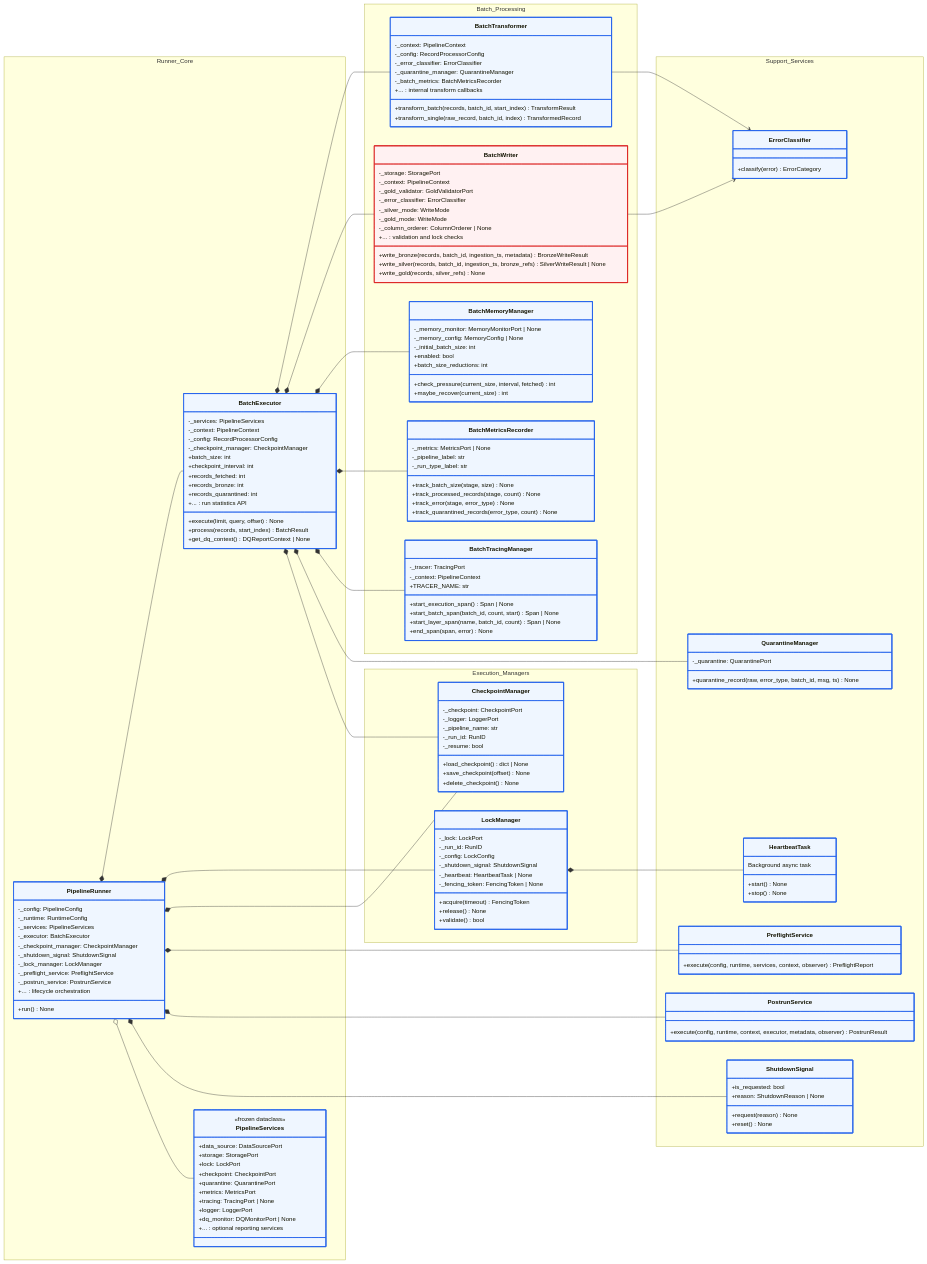
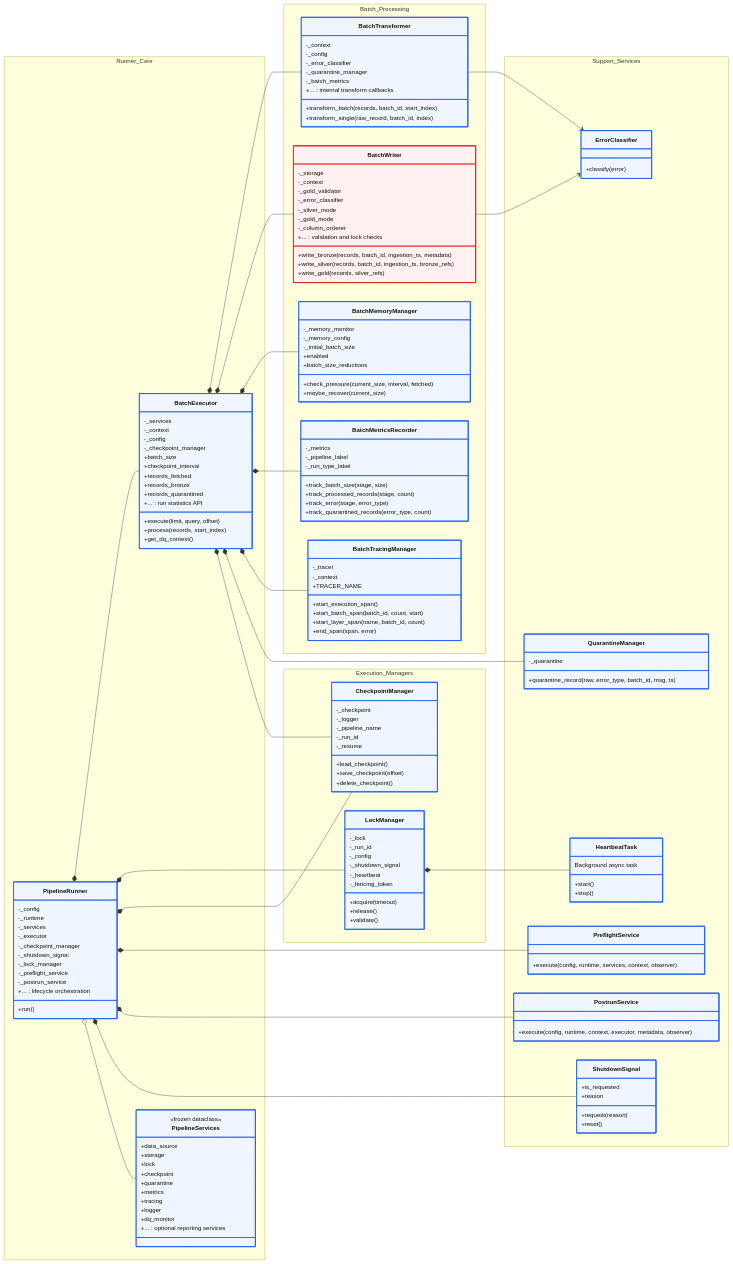
The diagram in docs/02-architecture/mmd-diagrams/class-diagrams/07-application-core-services.mmd (SatoryKono/BioactivityDataAcquisition), drawn with Mermaid before and after one commit. The commit also changed 33 other files, not shown here.

```diff
--- a/docs/02-architecture/mmd-diagrams/class-diagrams/07-application-core-services.mmd
+++ b/docs/02-architecture/mmd-diagrams/class-diagrams/07-application-core-services.mmd
@@ -22,161 +22,161 @@
     direction LR
     namespace Runner_Core {
         class PipelineRunner {
-            -_config: PipelineConfig
-            -_runtime: RuntimeConfig
-            -_services: PipelineServices
-            -_executor: BatchExecutor
-            -_checkpoint_manager: CheckpointManager
-            -_shutdown_signal: ShutdownSignal
-            -_lock_manager: LockManager
-            -_preflight_service: PreflightService
-            -_postrun_service: PostrunService
-            +run() None
+            -_config
+            -_runtime
+            -_services
+            -_executor
+            -_checkpoint_manager
+            -_shutdown_signal
+            -_lock_manager
+            -_preflight_service
+            -_postrun_service
+            +run()
             +... : lifecycle orchestration
         }
 
         class PipelineServices {
             <<frozen dataclass>>
-            +data_source: DataSourcePort
-            +storage: StoragePort
-            +lock: LockPort
-            +checkpoint: CheckpointPort
-            +quarantine: QuarantinePort
-            +metrics: MetricsPort
-            +tracing: TracingPort | None
-            +logger: LoggerPort
-            +dq_monitor: DQMonitorPort | None
+            +data_source
+            +storage
+            +lock
+            +checkpoint
+            +quarantine
+            +metrics
+            +tracing
+            +logger
+            +dq_monitor
             +... : optional reporting services
         }
 
         class BatchExecutor {
-            -_services: PipelineServices
-            -_context: PipelineContext
-            -_config: RecordProcessorConfig
-            -_checkpoint_manager: CheckpointManager
-            +batch_size: int
-            +checkpoint_interval: int
-            +records_fetched: int
-            +records_bronze: int
-            +records_quarantined: int
-            +execute(limit, query, offset) None
-            +process(records, start_index) BatchResult
-            +get_dq_context() DQReportContext | None
+            -_services
+            -_context
+            -_config
+            -_checkpoint_manager
+            +batch_size
+            +checkpoint_interval
+            +records_fetched
+            +records_bronze
+            +records_quarantined
+            +execute(limit, query, offset)
+            +process(records, start_index)
+            +get_dq_context()
             +... : run statistics API
         }
     }
 
     namespace Batch_Processing {
         class BatchTransformer {
-            -_context: PipelineContext
-            -_config: RecordProcessorConfig
-            -_error_classifier: ErrorClassifier
-            -_quarantine_manager: QuarantineManager
-            -_batch_metrics: BatchMetricsRecorder
-            +transform_batch(records, batch_id, start_index) TransformResult
-            +transform_single(raw_record, batch_id, index) TransformedRecord
+            -_context
+            -_config
+            -_error_classifier
+            -_quarantine_manager
+            -_batch_metrics
+            +transform_batch(records, batch_id, start_index)
+            +transform_single(raw_record, batch_id, index)
             +... : internal transform callbacks
         }
 
         class BatchWriter {
-            -_storage: StoragePort
-            -_context: PipelineContext
-            -_gold_validator: GoldValidatorPort
-            -_error_classifier: ErrorClassifier
-            -_silver_mode: WriteMode
-            -_gold_mode: WriteMode
-            -_column_orderer: ColumnOrderer | None
-            +write_bronze(records, batch_id, ingestion_ts, metadata) BronzeWriteResult
-            +write_silver(records, batch_id, ingestion_ts, bronze_refs) SilverWriteResult | None
-            +write_gold(records, silver_refs) None
+            -_storage
+            -_context
+            -_gold_validator
+            -_error_classifier
+            -_silver_mode
+            -_gold_mode
+            -_column_orderer
+            +write_bronze(records, batch_id, ingestion_ts, metadata)
+            +write_silver(records, batch_id, ingestion_ts, bronze_refs)
+            +write_gold(records, silver_refs)
             +... : validation and lock checks
         }
 
         class BatchMemoryManager {
-            -_memory_monitor: MemoryMonitorPort | None
-            -_memory_config: MemoryConfig | None
-            -_initial_batch_size: int
-            +enabled: bool
-            +batch_size_reductions: int
-            +check_pressure(current_size, interval, fetched) int
-            +maybe_recover(current_size) int
+            -_memory_monitor
+            -_memory_config
+            -_initial_batch_size
+            +enabled
+            +batch_size_reductions
+            +check_pressure(current_size, interval, fetched)
+            +maybe_recover(current_size)
         }
 
         class BatchMetricsRecorder {
-            -_metrics: MetricsPort | None
-            -_pipeline_label: str
-            -_run_type_label: str
-            +track_batch_size(stage, size) None
-            +track_processed_records(stage, count) None
-            +track_error(stage, error_type) None
-            +track_quarantined_records(error_type, count) None
+            -_metrics
+            -_pipeline_label
+            -_run_type_label
+            +track_batch_size(stage, size)
+            +track_processed_records(stage, count)
+            +track_error(stage, error_type)
+            +track_quarantined_records(error_type, count)
         }
 
         class BatchTracingManager {
-            -_tracer: TracingPort
-            -_context: PipelineContext
-            +TRACER_NAME: str
-            +start_execution_span() Span | None
-            +start_batch_span(batch_id, count, start) Span | None
-            +start_layer_span(name, batch_id, count) Span | None
-            +end_span(span, error) None
+            -_tracer
+            -_context
+            +TRACER_NAME
+            +start_execution_span()
+            +start_batch_span(batch_id, count, start)
+            +start_layer_span(name, batch_id, count)
+            +end_span(span, error)
         }
     }
 
     namespace Execution_Managers {
         class CheckpointManager {
-            -_checkpoint: CheckpointPort
-            -_logger: LoggerPort
-            -_pipeline_name: str
-            -_run_id: RunID
-            -_resume: bool
-            +load_checkpoint() dict | None
-            +save_checkpoint(offset) None
-            +delete_checkpoint() None
+            -_checkpoint
+            -_logger
+            -_pipeline_name
+            -_run_id
+            -_resume
+            +load_checkpoint()
+            +save_checkpoint(offset)
+            +delete_checkpoint()
         }
 
         class LockManager {
-            -_lock: LockPort
-            -_run_id: RunID
-            -_config: LockConfig
-            -_shutdown_signal: ShutdownSignal
-            -_heartbeat: HeartbeatTask | None
-            -_fencing_token: FencingToken | None
-            +acquire(timeout) FencingToken
-            +release() None
-            +validate() bool
+            -_lock
+            -_run_id
+            -_config
+            -_shutdown_signal
+            -_heartbeat
+            -_fencing_token
+            +acquire(timeout)
+            +release()
+            +validate()
         }
     }
 
     namespace Support_Services {
         class PreflightService {
-            +execute(config, runtime, services, context, observer) PreflightReport
+            +execute(config, runtime, services, context, observer)
         }
 
         class PostrunService {
-            +execute(config, runtime, context, executor, metadata, observer) PostrunResult
+            +execute(config, runtime, context, executor, metadata, observer)
         }
 
         class QuarantineManager {
-            -_quarantine: QuarantinePort
-            +quarantine_record(raw, error_type, batch_id, msg, ts) None
+            -_quarantine
+            +quarantine_record(raw, error_type, batch_id, msg, ts)
         }
 
         class ShutdownSignal {
-            +is_requested: bool
-            +reason: ShutdownReason | None
-            +request(reason) None
-            +reset() None
+            +is_requested
+            +reason
+            +request(reason)
+            +reset()
         }
 
         class HeartbeatTask {
             Background async task
-            +start() None
-            +stop() None
+            +start()
+            +stop()
         }
 
         class ErrorClassifier {
-            +classify(error) ErrorCategory
+            +classify(error)
         }
     }
 
```
